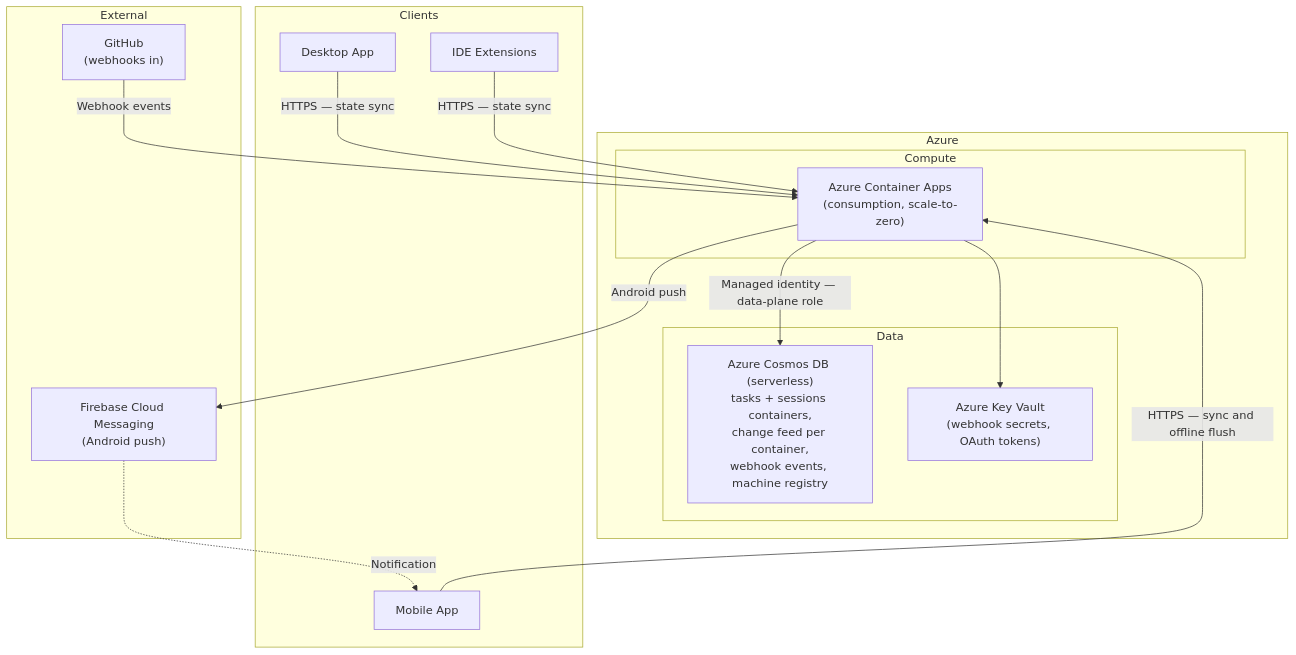
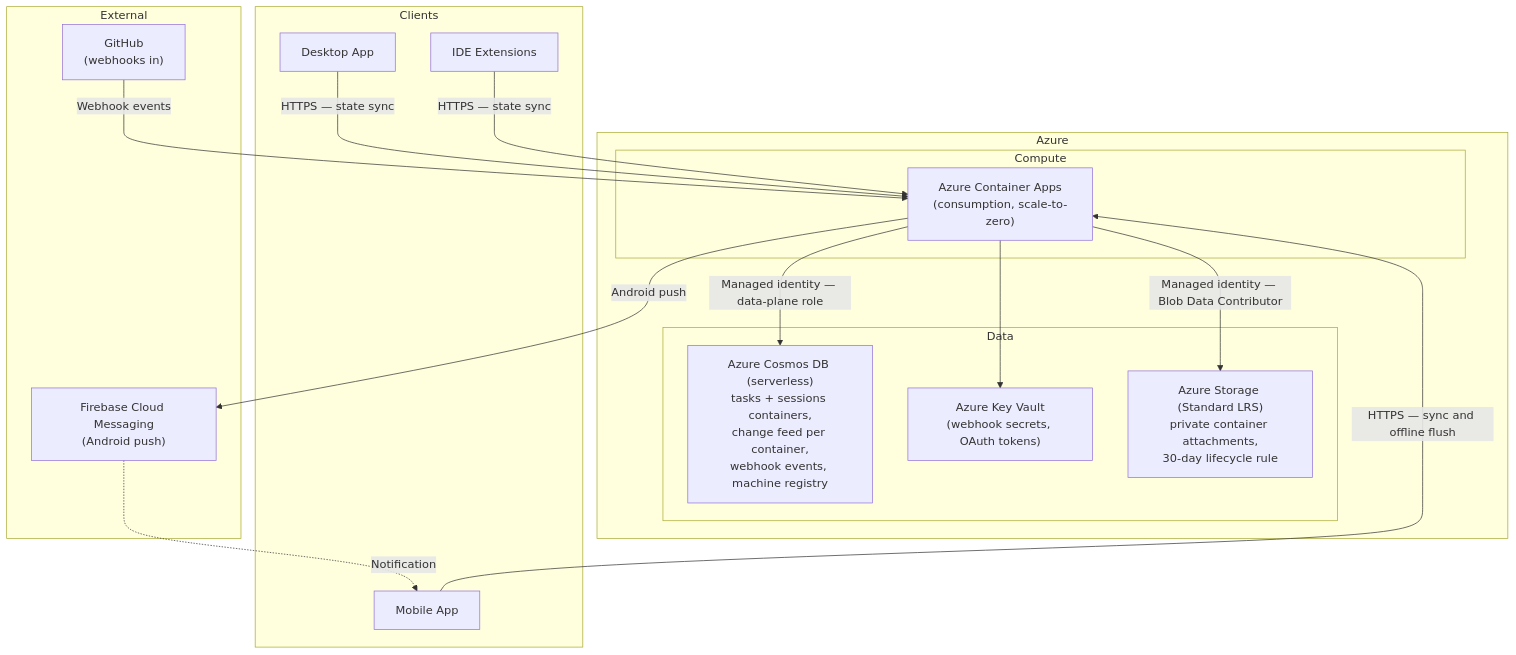
Before and after one commit to JSdotNet/Backlog: the third of 4 diagrams in .devbook/arc42/07-deployment-view.md, drawn with Mermaid. The commit also changed other lines of this file and 45 other files, not shown here.

First line of the commit message:
Add the attachment store to the sync service and the AppHost

````diff
--- a/.devbook/arc42/07-deployment-view.md
+++ b/.devbook/arc42/07-deployment-view.md
@@ -175,39 +175,41 @@
 ```mermaid
 flowchart TB
     subgraph "Azure"
         subgraph "Compute"
             AppService["Azure Container Apps\n(consumption, scale-to-zero)"]
         end
         subgraph "Data"
             CosmosDB["Azure Cosmos DB (serverless)\ntasks + sessions containers,\nchange feed per container,\nwebhook events, machine registry"]
             KeyVault["Azure Key Vault\n(webhook secrets, OAuth tokens)"]
+            Storage["Azure Storage (Standard LRS)\nprivate container attachments,\n30-day lifecycle rule"]
         end
     end
 
     subgraph "External"
         GitHub["GitHub\n(webhooks in)"]
         FCM["Firebase Cloud Messaging\n(Android push)"]
 
     end
 
     subgraph "Clients"
         Desktop["Desktop App"]
         Mobile["Mobile App"]
         IDE["IDE Extensions"]
     end
 
     Desktop -->|"HTTPS — state sync"| AppService
     Mobile -->|"HTTPS — sync and offline flush"| AppService
     IDE -->|"HTTPS — state sync"| AppService
 
     AppService -->|"Managed identity — data-plane role"| CosmosDB
     AppService --> KeyVault
+    AppService -->|"Managed identity — Blob Data Contributor"| Storage
 
     GitHub -->|"Webhook events"| AppService
 
     AppService -->|"Android push"| FCM
 
 
     FCM -.->|Notification| Mobile
 
 ```
````
